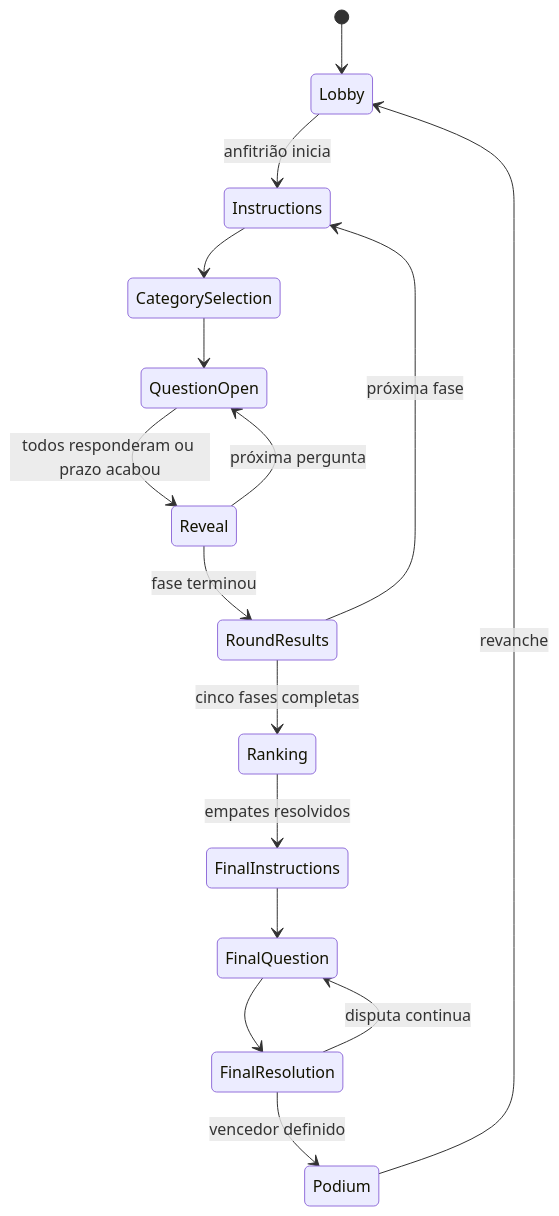
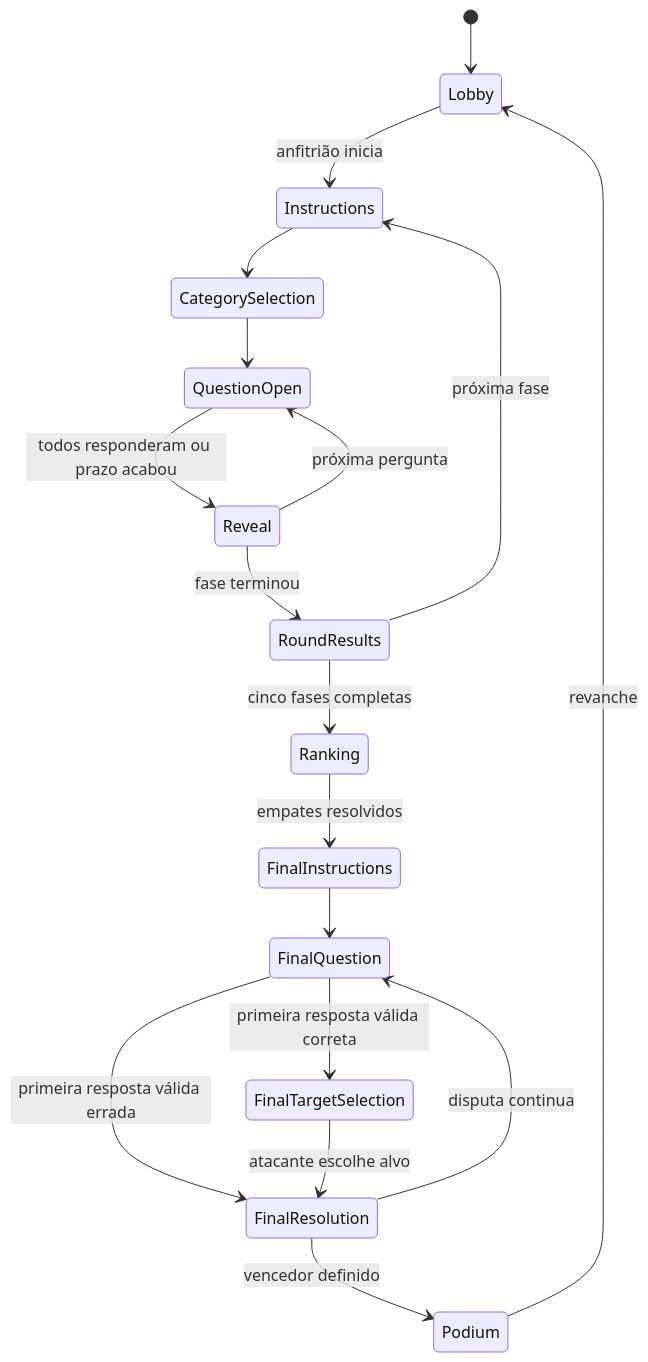
The diagram in docs/arquitetura.md (ninguemdev/PENSHOW), drawn with Mermaid before and after one commit. The commit also changed other lines of this file and 4 other files, not shown here.

Commit message:
docs(regras): limite a final à primeira resposta de cada pergunta

````diff
--- a/docs/arquitetura.md
+++ b/docs/arquitetura.md
@@ -46,18 +46,20 @@
 ```mermaid
 stateDiagram-v2
   [*] --> Lobby
   Lobby --> Instructions: anfitrião inicia
   Instructions --> CategorySelection
   CategorySelection --> QuestionOpen
   QuestionOpen --> Reveal: todos responderam ou prazo acabou
   Reveal --> QuestionOpen: próxima pergunta
   Reveal --> RoundResults: fase terminou
   RoundResults --> Instructions: próxima fase
   RoundResults --> Ranking: cinco fases completas
   Ranking --> FinalInstructions: empates resolvidos
   FinalInstructions --> FinalQuestion
-  FinalQuestion --> FinalResolution
+  FinalQuestion --> FinalResolution: primeira resposta válida errada
+  FinalQuestion --> FinalTargetSelection: primeira resposta válida correta
+  FinalTargetSelection --> FinalResolution: atacante escolhe alvo
   FinalResolution --> FinalQuestion: disputa continua
   FinalResolution --> Podium: vencedor definido
   Podium --> Lobby: revanche
 ```
````
